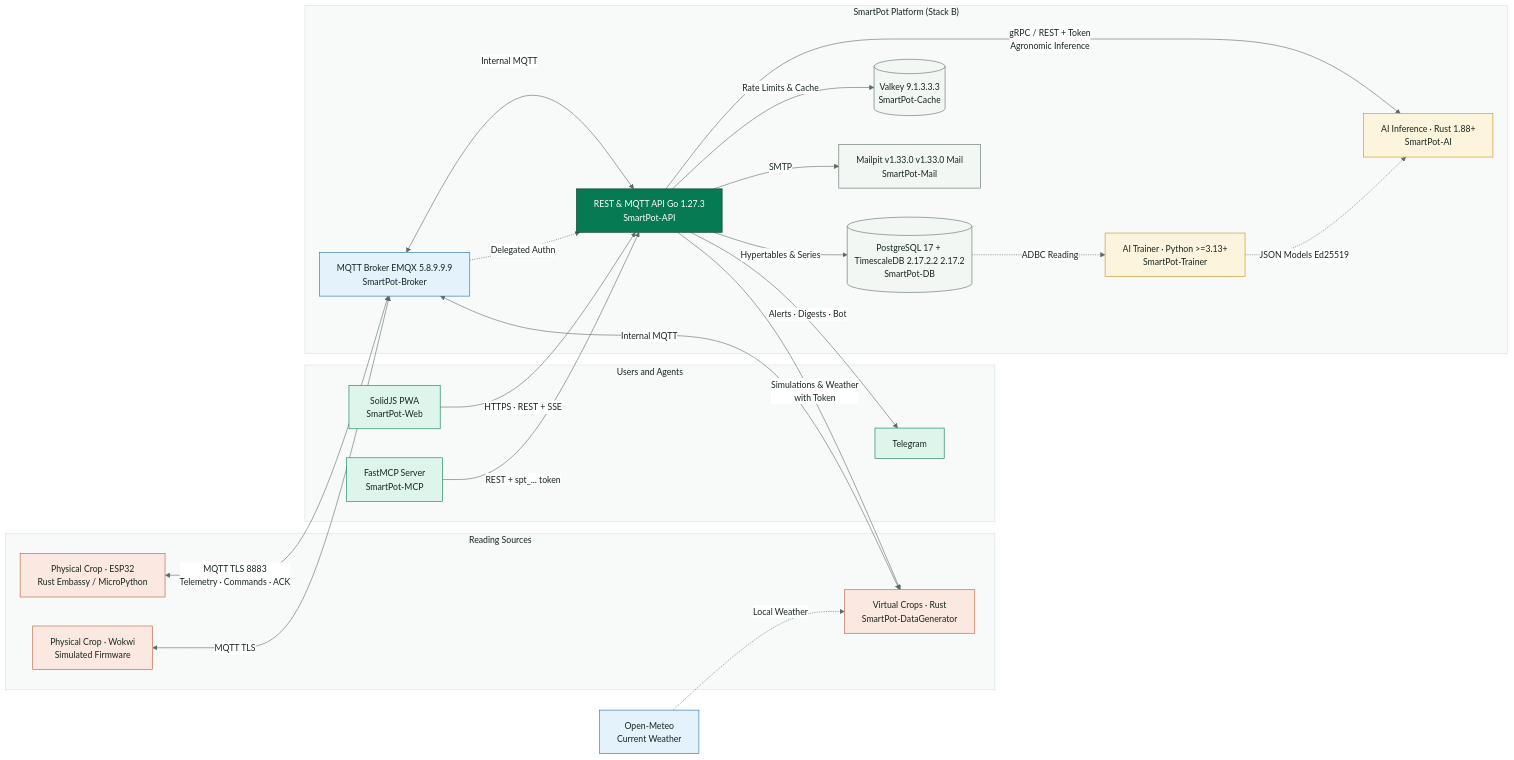
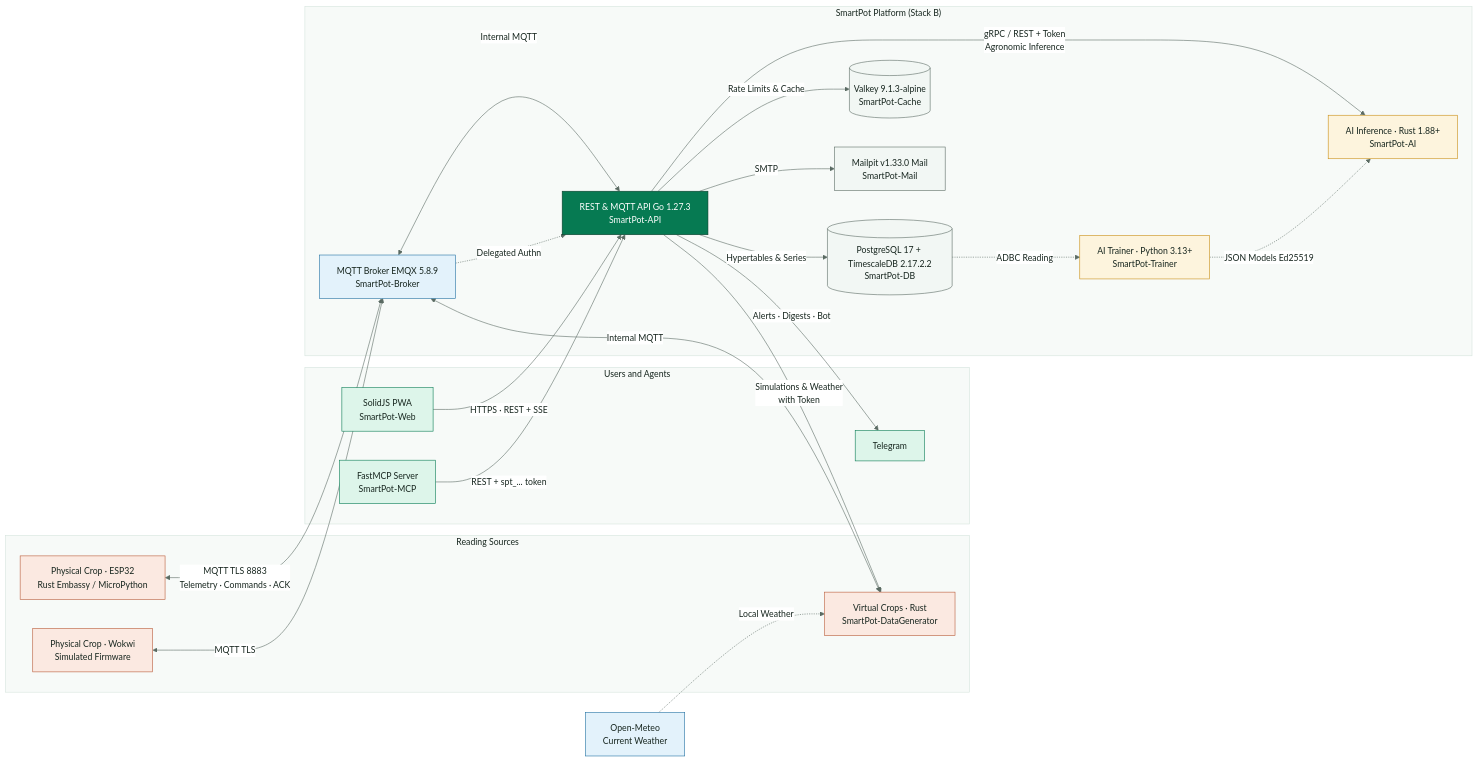
The first of 14 diagrams in docs/SmartPot_Technical_Documentation.md (SmartPotTech/.github), drawn with Mermaid before and after one commit. The commit also changed other lines of this file and 78 other files, not shown here.

Commit message:
docs(architecture): update and standardize architecture diagrams via archify [skip deploy] #no-deploy

````diff
--- a/docs/SmartPot_Technical_Documentation.md
+++ b/docs/SmartPot_Technical_Documentation.md
@@ -60,52 +60,52 @@
 ```mermaid
 %%{init: {"theme": "base", "fontFamily": "Segoe UI, Arial, sans-serif", "themeVariables": {"fontFamily": "Segoe UI, Arial, sans-serif", "fontSize": "15px", "primaryColor": "#DDF5EA", "primaryTextColor": "#17261F", "primaryBorderColor": "#067A52", "secondaryColor": "#E3F2FB", "secondaryTextColor": "#17261F", "secondaryBorderColor": "#1F6FA0", "tertiaryColor": "#F2F7F4", "tertiaryTextColor": "#17261F", "tertiaryBorderColor": "#D5E3DC", "lineColor": "#5B6B63", "textColor": "#17261F", "mainBkg": "#DDF5EA", "nodeBorder": "#067A52", "clusterBkg": "#F7FAF8", "clusterBorder": "#D5E3DC", "edgeLabelBackground": "#FFFFFF", "actorBkg": "#067A52", "actorBorder": "#0B3D2B", "actorTextColor": "#FFFFFF", "actorLineColor": "#5B6B63", "signalColor": "#17261F", "signalTextColor": "#17261F", "labelBoxBkgColor": "#0B3D2B", "labelBoxBorderColor": "#0B3D2B", "labelTextColor": "#FFFFFF", "loopTextColor": "#0B3D2B", "noteBkgColor": "#FDF4DD", "noteBorderColor": "#C98D12", "noteTextColor": "#17261F", "activationBkgColor": "#DDF5EA", "activationBorderColor": "#067A52", "attributeBackgroundColorOdd": "#FFFFFF", "attributeBackgroundColorEven": "#F2F7F4"}}}%%
 flowchart LR
-  subgraph campo["Reading Sources"]
+  subgraph sources["Reading Sources"]
     maceta["Physical Crop · ESP32<br/>Rust Embassy / MicroPython"]
     wokwi["Physical Crop · Wokwi<br/>Simulated Firmware"]
     sim["Virtual Crops · Rust<br/>SmartPot-DataGenerator"]
   end
-  subgraph usuario["Users and Agents"]
+  subgraph users_agents["Users and Agents"]
     pwa["SolidJS PWA<br/>SmartPot-Web"]
     tg["Telegram"]
     mcp["FastMCP Server<br/>SmartPot-MCP"]
   end
-  subgraph plataforma["SmartPot Platform (Stack B)"]
-    broker["MQTT Broker EMQX 5.8.9.9.9<br/>SmartPot-Broker"]
+  subgraph platform["SmartPot Platform (Stack B)"]
+    broker["MQTT Broker EMQX 5.8.9<br/>SmartPot-Broker"]
     api["REST & MQTT API Go 1.27.3<br/>SmartPot-API"]
     ai["AI Inference · Rust 1.88+<br/>SmartPot-AI"]
-    trainer["AI Trainer · Python >=3.13+<br/>SmartPot-Trainer"]
-    db[("PostgreSQL 17 + TimescaleDB 2.17.2.2 2.17.2<br/>SmartPot-DB")]
-    cache[("Valkey 9.1.3.3.3<br/>SmartPot-Cache")]
-    mail["Mailpit v1.33.0 v1.33.0 Mail<br/>SmartPot-Mail"]
+    trainer["AI Trainer · Python 3.13+<br/>SmartPot-Trainer"]
+    db[("PostgreSQL 17 + TimescaleDB 2.17.2.2<br/>SmartPot-DB")]
+    cache[("Valkey 9.1.3-alpine<br/>SmartPot-Cache")]
+    mail["Mailpit v1.33.0 Mail<br/>SmartPot-Mail"]
   end
   weather["Open-Meteo<br/>Current Weather"]
   maceta <-->|"MQTT TLS 8883<br/>Telemetry · Commands · ACK"| broker
   wokwi <-->|"MQTT TLS"| broker
   sim <-->|"Internal MQTT"| broker
   weather -.->|"Local Weather"| sim
   broker <-->|"Internal MQTT"| api
   broker -.->|"Delegated Authn"| api
   pwa -->|"HTTPS · REST + SSE"| api
   mcp -->|"REST + spt_... token"| api
   api -->|"Simulations & Weather<br/>with Token"| sim
   api -->|"gRPC / REST + Token<br/>Agronomic Inference"| ai
   db -.->|"ADBC Reading"| trainer
   trainer -.->|"JSON Models Ed25519"| ai
   api -->|"Hypertables & Series"| db
   api -->|"Rate Limits & Cache"| cache
   api -->|"SMTP"| mail
   api -->|"Alerts · Digests · Bot"| tg
   classDef device fill:#FBE9E1,stroke:#B85A38,color:#17261F
   classDef edge fill:#E3F2FB,stroke:#1F6FA0,color:#17261F
   classDef core fill:#067A52,stroke:#0B3D2B,color:#FFFFFF
   classDef data fill:#F2F7F4,stroke:#5B6B63,color:#17261F
   classDef brain fill:#FDF4DD,stroke:#C98D12,color:#17261F
   classDef app fill:#DDF5EA,stroke:#067A52,color:#17261F
   class maceta,wokwi,sim device
   class broker,weather edge
   class api core
   class db,cache,mail data
   class ai,trainer brain
   class pwa,tg,mcp app
 ```
````
